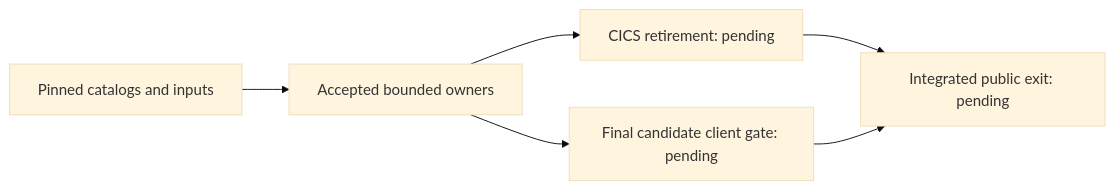
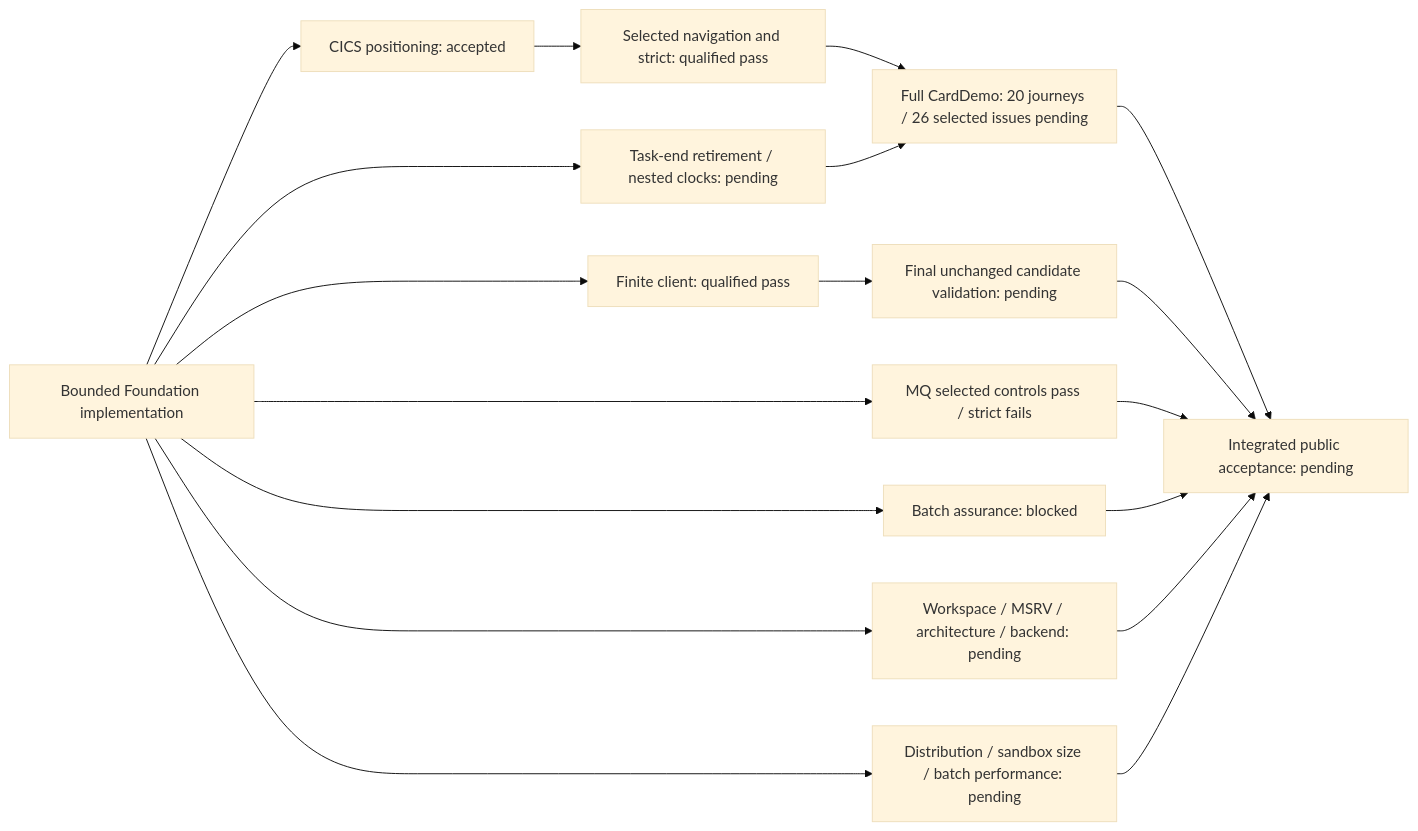
The diagram in docs/delivery/subsystems/coverage/foundation-status.md (toreleon/mainframe-env), drawn with Mermaid (base theme) before and after one commit. The commit also changed other lines of this file and 12 other files, not shown here.

````diff
--- a/docs/delivery/subsystems/coverage/foundation-status.md
+++ b/docs/delivery/subsystems/coverage/foundation-status.md
@@ -32,8 +29,20 @@
 ```mermaid
 flowchart LR
-    Inputs["Pinned catalogs and inputs"] --> Scoped["Accepted bounded owners"]
-    Scoped --> CICS["CICS retirement: pending"]
-    Scoped --> Client["Final candidate client gate: pending"]
-    CICS --> Public["Integrated public exit: pending"]
-    Client --> Public
+    Foundation["Bounded Foundation implementation"] --> CICS["CICS positioning: accepted"]
+    CICS --> NAV["Selected navigation and strict: qualified pass"]
+    NAV --> App["Full CardDemo: 20 journeys / 26 selected issues pending"]
+    Foundation --> Retirement["Task-end retirement / nested clocks: pending"]
+    Retirement --> App
+    Foundation --> Client["Finite client: qualified pass"]
+    Client --> Candidate["Final unchanged candidate validation: pending"]
+    Foundation --> MQ["MQ selected controls pass / strict fails"]
+    Foundation --> Batch["Batch assurance: blocked"]
+    Foundation --> Workspace["Workspace / MSRV / architecture / backend: pending"]
+    Foundation --> Distribution["Distribution / sandbox size / batch performance: pending"]
+    App --> Exit["Integrated public acceptance: pending"]
+    Candidate --> Exit
+    MQ --> Exit
+    Batch --> Exit
+    Workspace --> Exit
+    Distribution --> Exit
 ```
````
